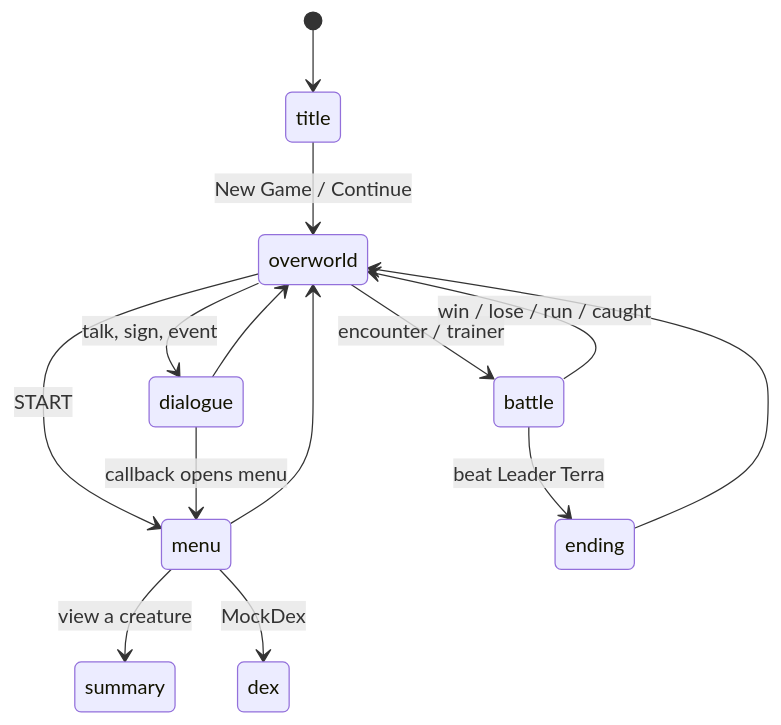
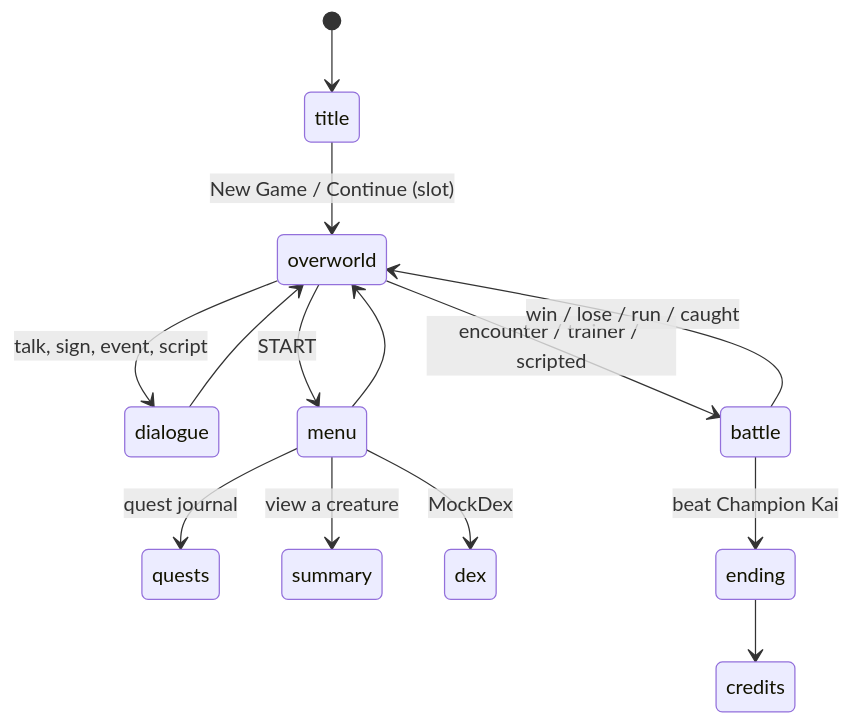
Before and after one commit to KeigoShimadaCC/PocketMockster: the third of 4 diagrams in droid-wiki/overview/architecture.md, drawn with Mermaid. The commit also changed other lines of this file and 47 other files, not shown here.

````diff
--- a/droid-wiki/overview/architecture.md
+++ b/droid-wiki/overview/architecture.md
@@ -63,16 +73,16 @@
 ```mermaid
 stateDiagram-v2
     [*] --> title
-    title --> overworld: New Game / Continue
-    overworld --> dialogue: talk, sign, event
+    title --> overworld: New Game / Continue (slot)
+    overworld --> dialogue: talk, sign, event, script
     overworld --> menu: START
-    overworld --> battle: encounter / trainer
+    overworld --> battle: encounter / trainer / scripted
+    menu --> quests: quest journal
     dialogue --> overworld
-    dialogue --> menu: callback opens menu
     menu --> overworld
     menu --> summary: view a creature
     menu --> dex: MockDex
     battle --> overworld: win / lose / run / caught
-    battle --> ending: beat Leader Terra
-    ending --> overworld
+    battle --> ending: beat Champion Kai
+    ending --> credits
 ```
````
